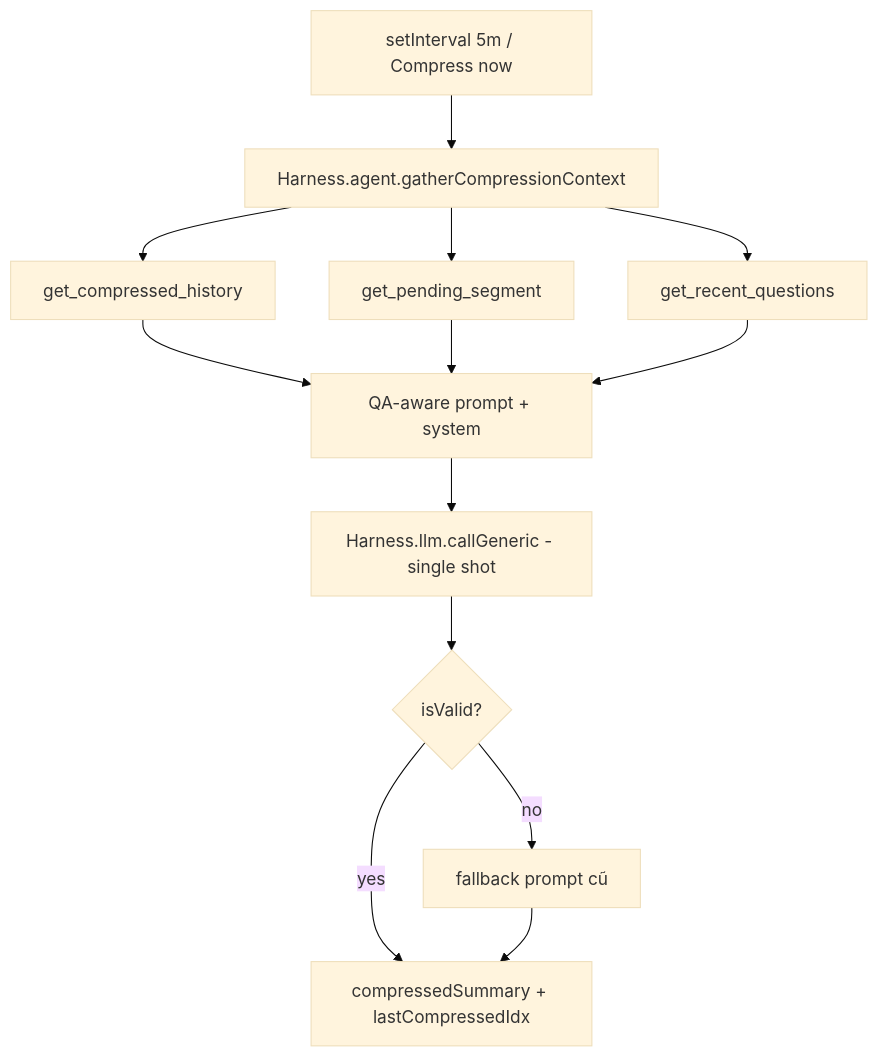
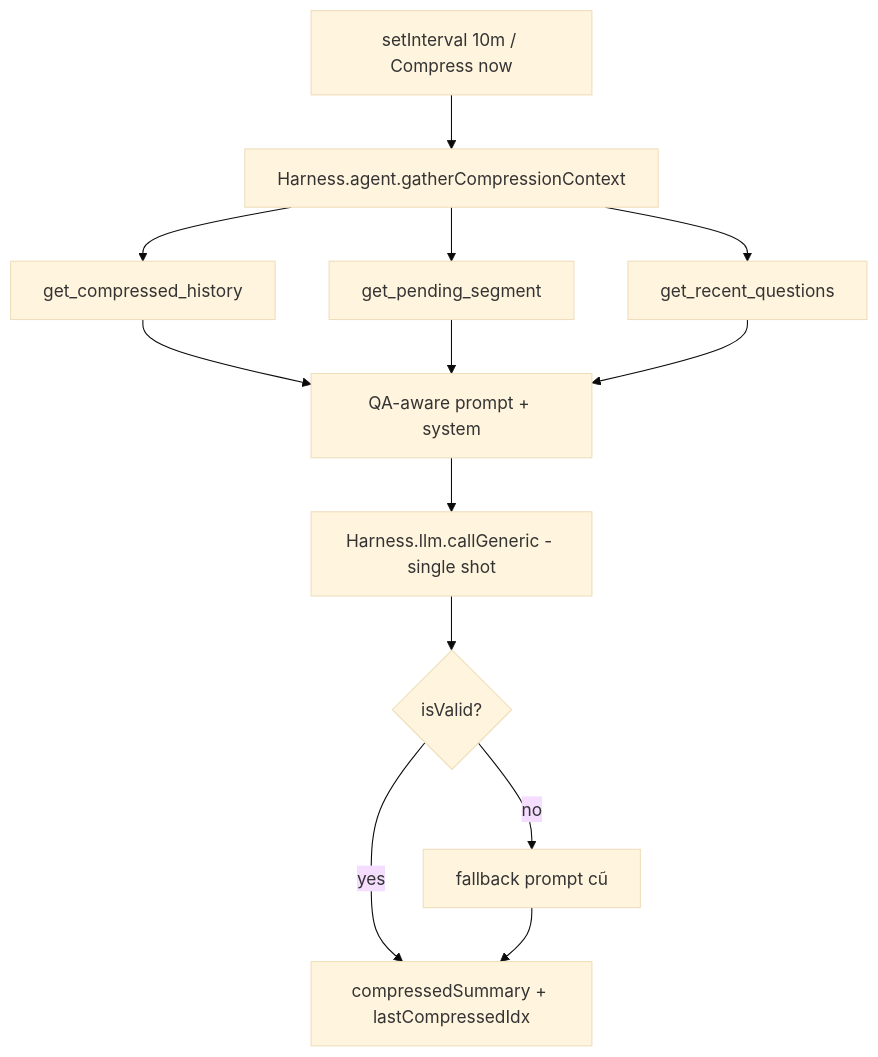
The third of 3 diagrams in harness.md (nbhson/app-live-translate-extension), drawn with Mermaid (base theme) before and after one commit. The commit also changed other lines of this file and 16 other files, not shown here.

````diff
--- a/harness.md
+++ b/harness.md
@@ -242,13 +242,13 @@
 ```mermaid
 flowchart TD
-  T[setInterval 5m / Compress now] --> H[Harness.agent.gatherCompressionContext]
+  T[setInterval 10m / Compress now] --> H[Harness.agent.gatherCompressionContext]
   H --> T1[get_compressed_history]
   H --> T2[get_pending_segment]
   H --> T3[get_recent_questions]
   T1 & T2 & T3 --> PROMPT[QA-aware prompt + system]
   PROMPT --> LLM[Harness.llm.callGeneric - single shot]
   LLM --> VAL{isValid?}
   VAL -- yes --> STORE[compressedSummary + lastCompressedIdx]
   VAL -- no --> FALLBACK[fallback prompt cũ]
   FALLBACK --> STORE
 ```
````
